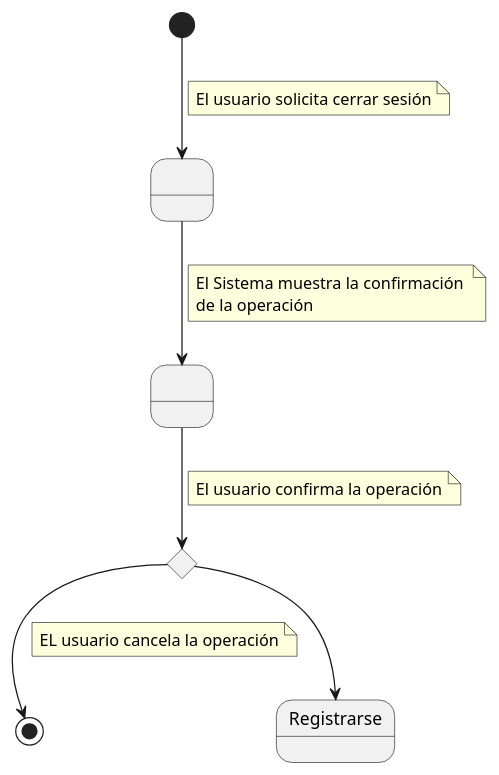
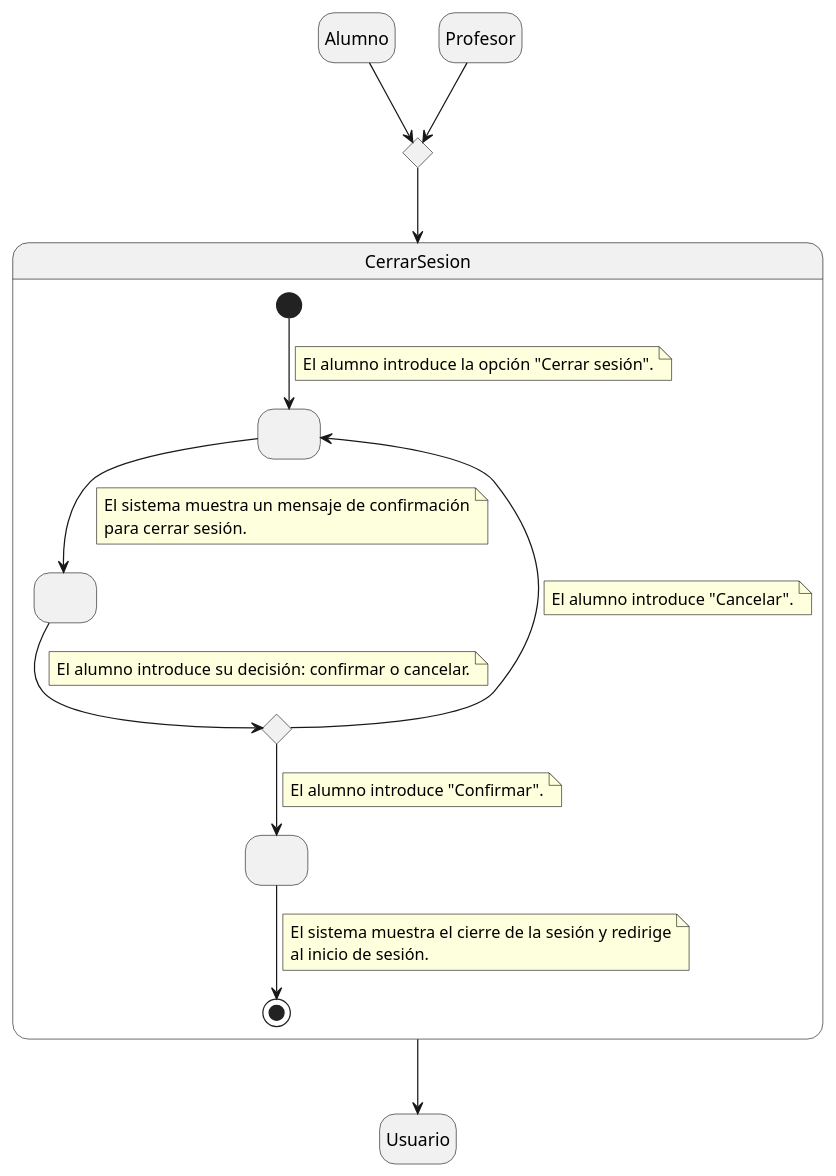
One commit to mmasias/24-25-IdSw1-SDR changed the diagram in Documentos/DetallarCasosDeUso/CerrarSesion.puml. Above: the diagram before and after it, drawn with PlantUML. The commit also changed 2 other files, not shown here.

Commit message:
Cerrar Sesion

```diff
--- a/Documentos/DetallarCasosDeUso/CerrarSesion.puml
+++ b/Documentos/DetallarCasosDeUso/CerrarSesion.puml
@@ -1,26 +1,51 @@
-@startuml
+@startuml CerrarSesion
 
-state " " as Estado1
-state " " as Estado2
+hide empty description
 
-[*] --> Estado1
+state choice <<choice>>
+
+Alumno --> choice
+Profesor --> choice
+choice --> CerrarSesion
+
+state CerrarSesion {
+    state " " as Inicio
+    state " " as Confirmacion
+    state " " as Fin
+
+    [*] --> Inicio
     note on link
-        El usuario solicita cerrar sesión
+        El alumno introduce la opción "Cerrar sesión".
     end note
-Estado1 --> Estado2
+
+    Inicio --> Confirmacion
     note on link
-        El Sistema muestra la confirmación 
-        de la operación
+        El sistema muestra un mensaje de confirmación
+        para cerrar sesión.
     end note
-state rombo <<choice>>
-Estado2 --> rombo
-note on link
-    El usuario confirma la operación
-end note
-rombo --> [*] 
-  note on link
-    EL usuario cancela la operación
+
+    state Decisión <<choice>>
+    Confirmacion --> Decisión
+    note on link
+        El alumno introduce su decisión: confirmar o cancelar.
     end note
-rombo --> Registrarse
-    
+
+    Decisión --> Fin
+    note on link
+        El alumno introduce "Confirmar".
+    end note
+
+    Decisión --> Inicio
+    note on link
+        El alumno introduce "Cancelar".
+    end note
+
+    Fin --> [*]
+    note on link
+        El sistema muestra el cierre de la sesión y redirige
+        al inicio de sesión.
+    end note
+}
+
+CerrarSesion --> Usuario
 @enduml
```
